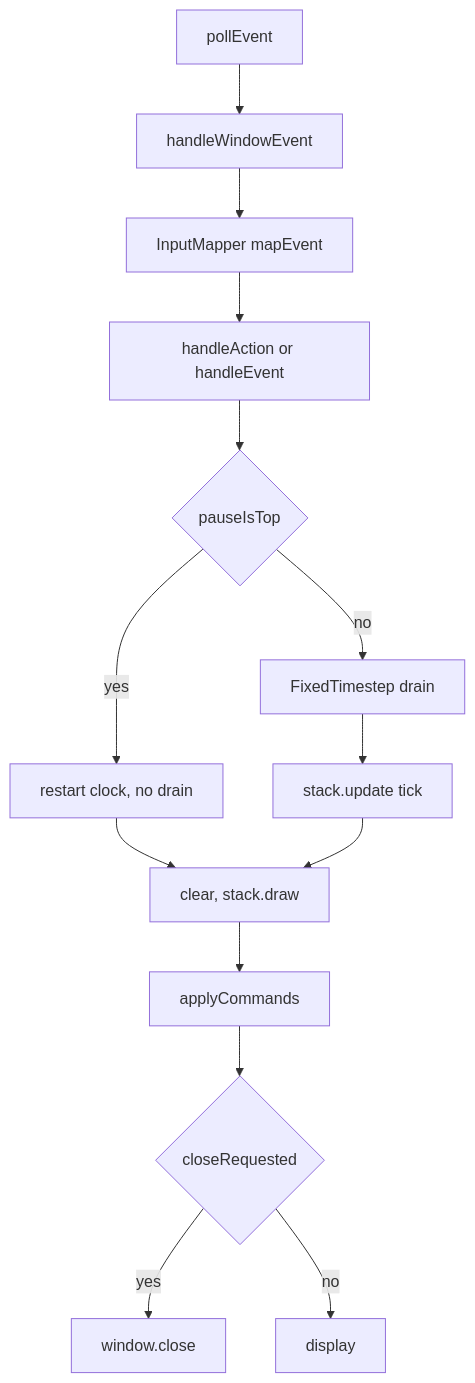
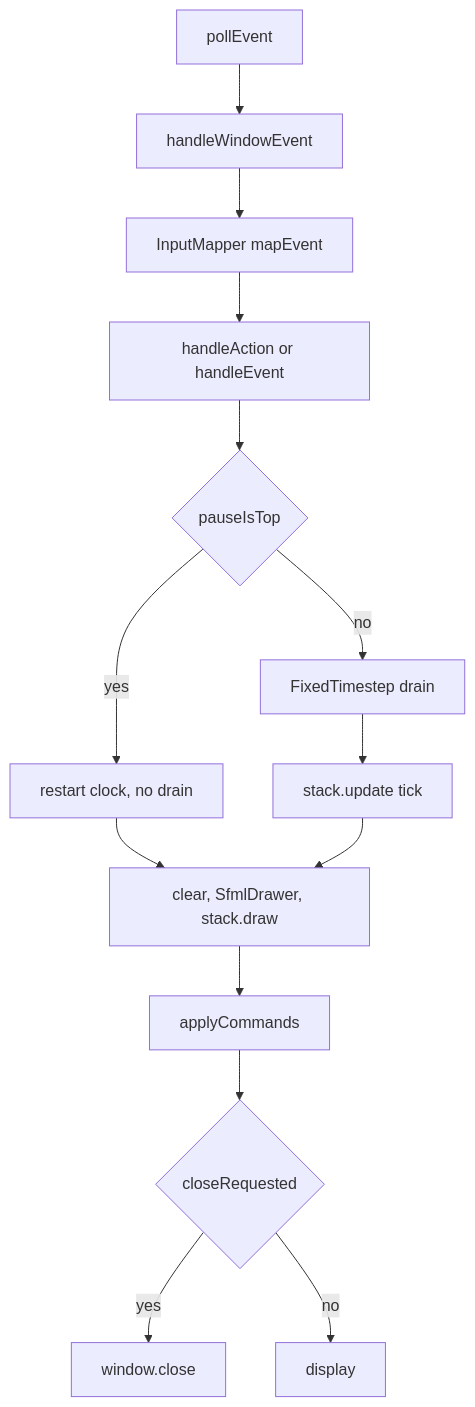
Before and after one commit to kblaszki/business-game: the diagram in docs/reference/application-loop.md, drawn with Mermaid. The commit also changed other lines of this file and 39 other files, not shown here.

````diff
--- a/docs/reference/application-loop.md
+++ b/docs/reference/application-loop.md
@@ -28,28 +30,28 @@
 ```mermaid
 flowchart TD
   Poll[pollEvent]
   Life[handleWindowEvent]
   Map[InputMapper mapEvent]
   Action[handleAction or handleEvent]
   PauseCheck{pauseIsTop}
   Skip[restart clock, no drain]
   Drain[FixedTimestep drain]
   Tick[stack.update tick]
-  Draw[clear, stack.draw]
+  Draw[clear, SfmlDrawer, stack.draw]
   Apply[applyCommands]
   Close{closeRequested}
   Display[display]
   Poll --> Life
   Life --> Map
   Map --> Action
   Action --> PauseCheck
   PauseCheck -->|yes| Skip
   PauseCheck -->|no| Drain
   Drain --> Tick
   Skip --> Draw
   Tick --> Draw
   Draw --> Apply
   Apply --> Close
   Close -->|yes| EndNode[window.close]
   Close -->|no| Display
 ```
````
